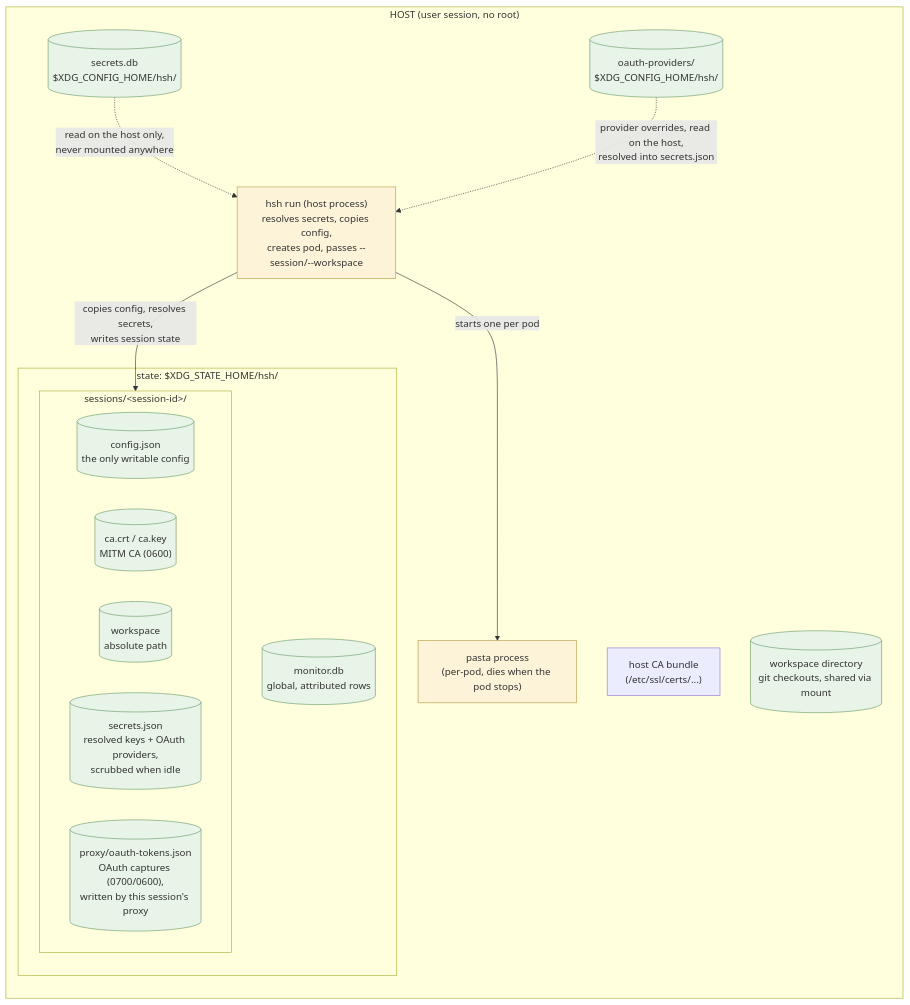
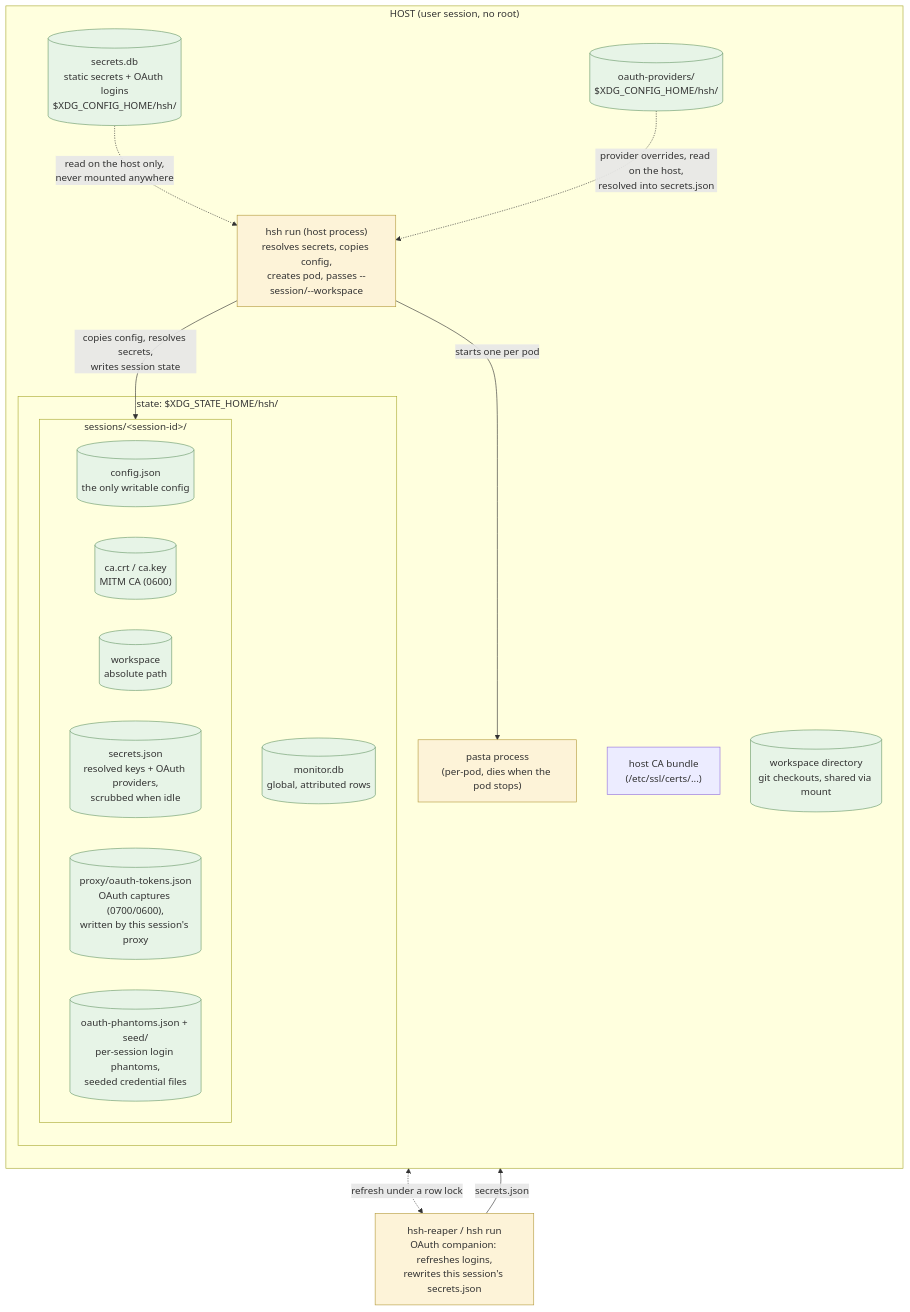
One commit to philips/hsh changed the first of 3 diagrams in internal-docs/architecture.md. Above: the diagram before and after it, drawn with Mermaid. The commit also changed other lines of this file and 3 other files, not shown here.

Commit message:
internal-docs: host-held OAuth logins, refresh companion and seeds

````diff
--- a/internal-docs/architecture.md
+++ b/internal-docs/architecture.md
@@ -41,33 +41,37 @@
 ```mermaid
 flowchart TB
     classDef proc fill:#fdf3d8,stroke:#b59b3e
     classDef file fill:#e7f4e7,stroke:#6a9a6a
 
     subgraph HOST["HOST (user session, no root)"]
         direction TB
         hshrun["hsh run (host process)<br/>resolves secrets, copies config,<br/>creates pod, passes --session/--workspace"]
         pasta["pasta process<br/>(per-pod, dies when the pod stops)"]
         subgraph STATE["state: $XDG_STATE_HOME/hsh/"]
             monitordb[("monitor.db<br/>global, attributed rows")]
             subgraph SESDIR["sessions/&lt;session-id&gt;/"]
                 cfgcopy[("config.json<br/>the only writable config")]
                 cafiles[("ca.crt / ca.key<br/>MITM CA (0600)")]
                 wsfile[("workspace<br/>absolute path")]
                 secretsjson[("secrets.json<br/>resolved keys + OAuth providers,<br/>scrubbed when idle")]
                 proxydir[("proxy/oauth-tokens.json<br/>OAuth captures (0700/0600),<br/>written by this session's proxy")]
+                oauthph[("oauth-phantoms.json + seed/<br/>per-session login phantoms,<br/>seeded credential files")]
             end
         end
-        secretstore[("secrets.db<br/>$XDG_CONFIG_HOME/hsh/")]
+        secretstore[("secrets.db<br/>static secrets + OAuth logins<br/>$XDG_CONFIG_HOME/hsh/")]
         oauthprov[("oauth-providers/<br/>$XDG_CONFIG_HOME/hsh/")]
         caBundle["host CA bundle<br/>(/etc/ssl/certs/...)"]
         wsdir[("workspace directory<br/>git checkouts, shared via mount")]
     end
 
     hshrun -->|"starts one per pod"| pasta
     secretstore -.->|"read on the host only,<br/>never mounted anywhere"| hshrun
+    reaper["hsh-reaper / hsh run<br/>OAuth companion: refreshes logins,<br/>rewrites this session's secrets.json"]
+    secretstore <-.->|"refresh under a row lock"| reaper
+    reaper -->|"secrets.json"| SESDIR
     oauthprov -.->|"provider overrides, read on the host,<br/>resolved into secrets.json"| hshrun
     hshrun -->|"copies config, resolves secrets,<br/>writes session state"| SESDIR
 
-    class hshrun,pasta proc
-    class monitordb,cfgcopy,cafiles,wsfile,secretsjson,proxydir,secretstore,oauthprov,wsdir file
+    class hshrun,pasta,reaper proc
+    class monitordb,cfgcopy,cafiles,wsfile,secretsjson,proxydir,oauthph,secretstore,oauthprov,wsdir file
 ```
````
